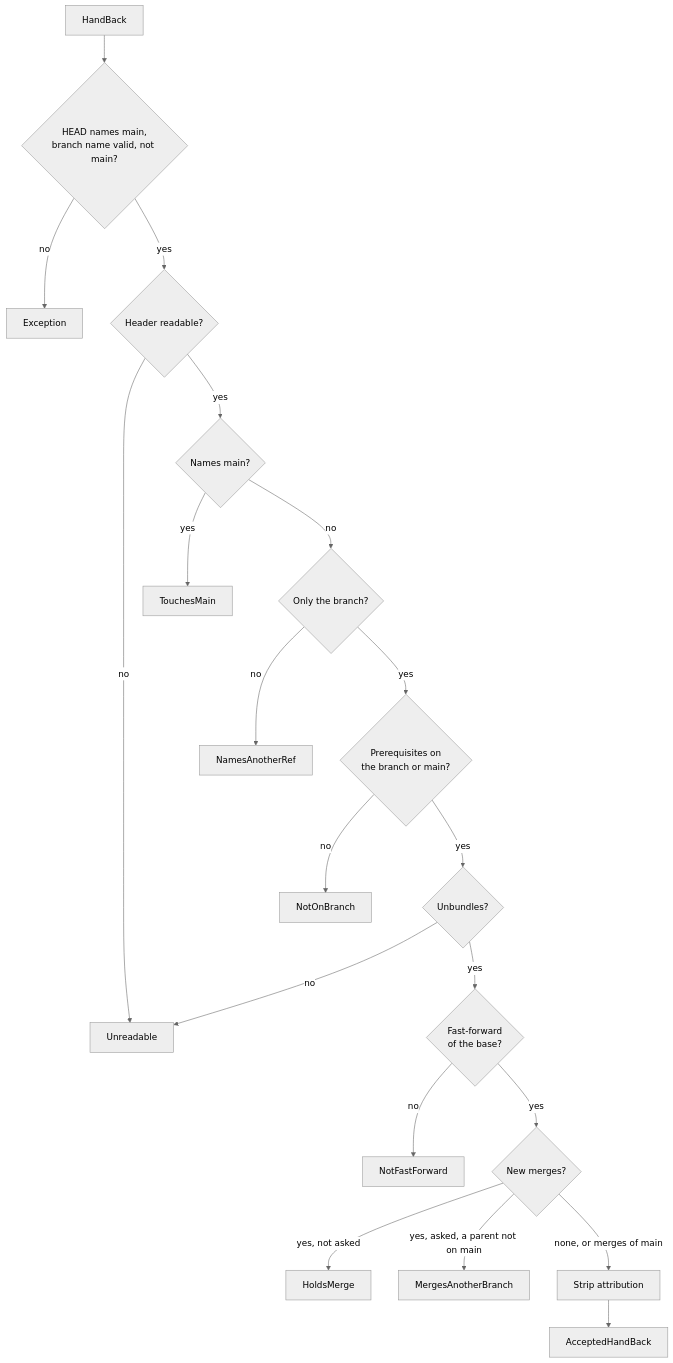
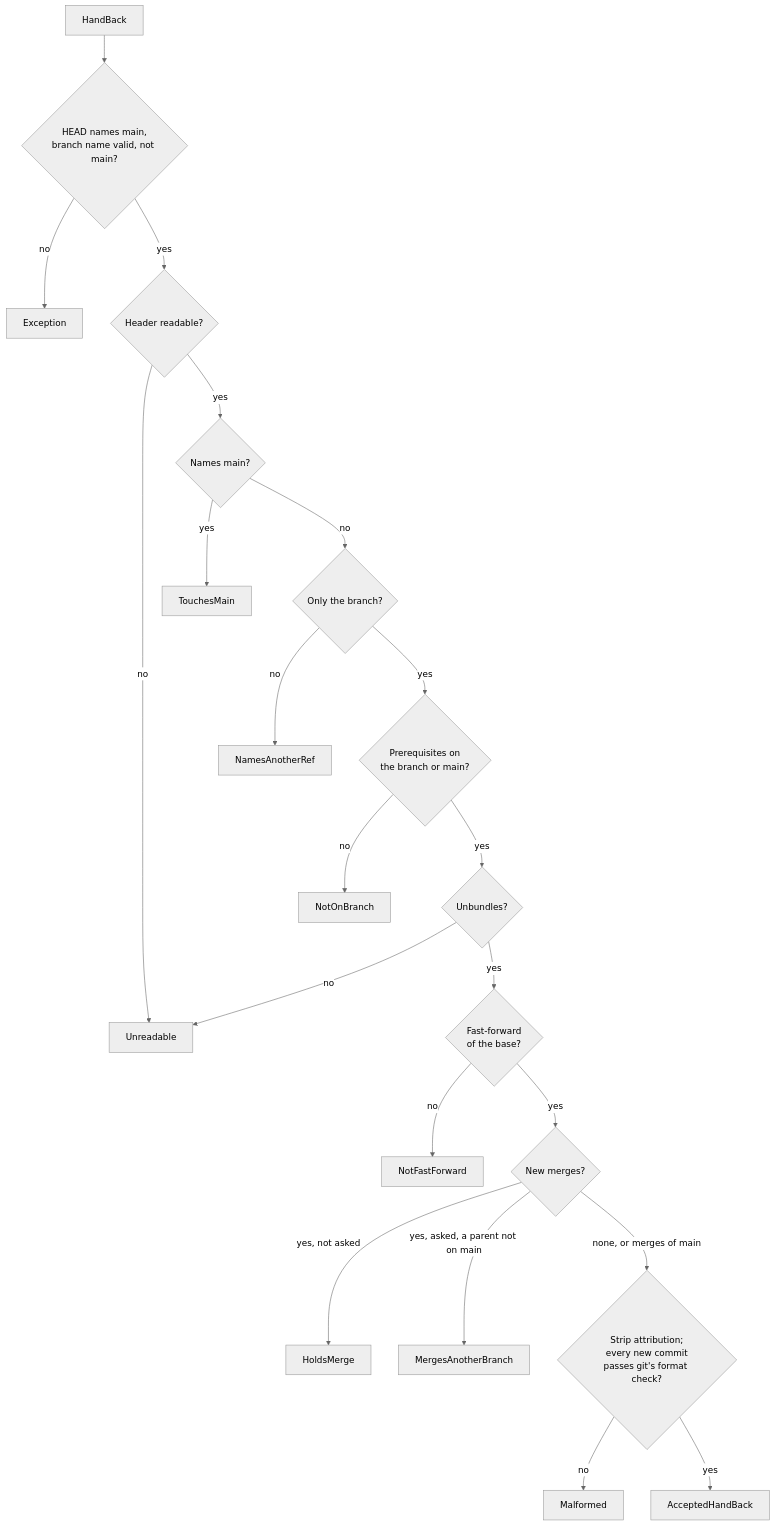
One commit to shinyredapples/intakt changed the diagram in docs/architecture/hand-back.md. Above: the diagram before and after it, drawn with Mermaid (neutral theme). The commit also changed other lines of this file and 9 other files, not shown here.

Commit message:
fix(hand-back): resolve a relative repository path and refuse a malformed commit

````diff
--- a/docs/architecture/hand-back.md
+++ b/docs/architecture/hand-back.md
@@ -18,21 +20,23 @@
 ```mermaid
 flowchart TD
   start[HandBack] --> repo{HEAD names main,<br/>branch name valid, not main?}
   repo -- no --> error[Exception]
   repo -- yes --> header{Header readable?}
   header -- no --> unreadable[Unreadable]
   header -- yes --> main{Names main?}
   main -- yes --> touches[TouchesMain]
   main -- no --> refs{Only the branch?}
   refs -- no --> other[NamesAnotherRef]
   refs -- yes --> base{Prerequisites on<br/>the branch or main?}
   base -- no --> notOn[NotOnBranch]
   base -- yes --> unbundle{Unbundles?}
   unbundle -- no --> unreadable
   unbundle -- yes --> ff{Fast-forward<br/>of the base?}
   ff -- no --> notFf[NotFastForward]
   ff -- yes --> merges{New merges?}
   merges -- "yes, not asked" --> holds[HoldsMerge]
   merges -- "yes, asked, a parent not on main" --> mergesOther[MergesAnotherBranch]
-  merges -- "none, or merges of main" --> strip[Strip attribution] --> accepted[AcceptedHandBack]
+  merges -- "none, or merges of main" --> strip{Strip attribution;<br/>every new commit<br/>passes git's format check?}
+  strip -- no --> malformed[Malformed]
+  strip -- yes --> accepted[AcceptedHandBack]
 ```
````
